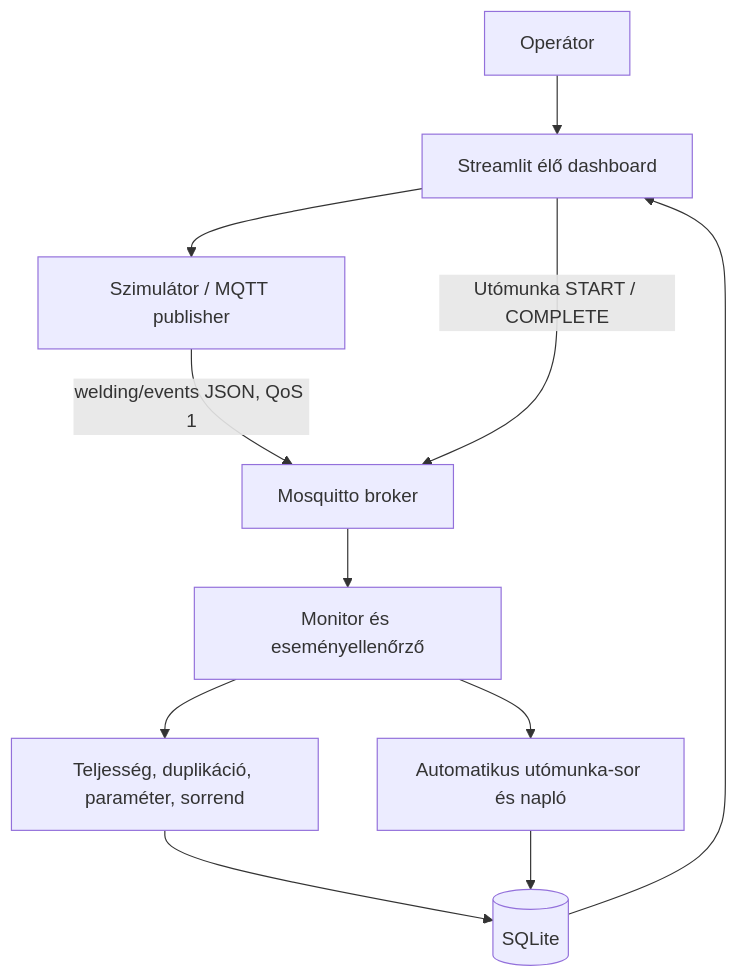
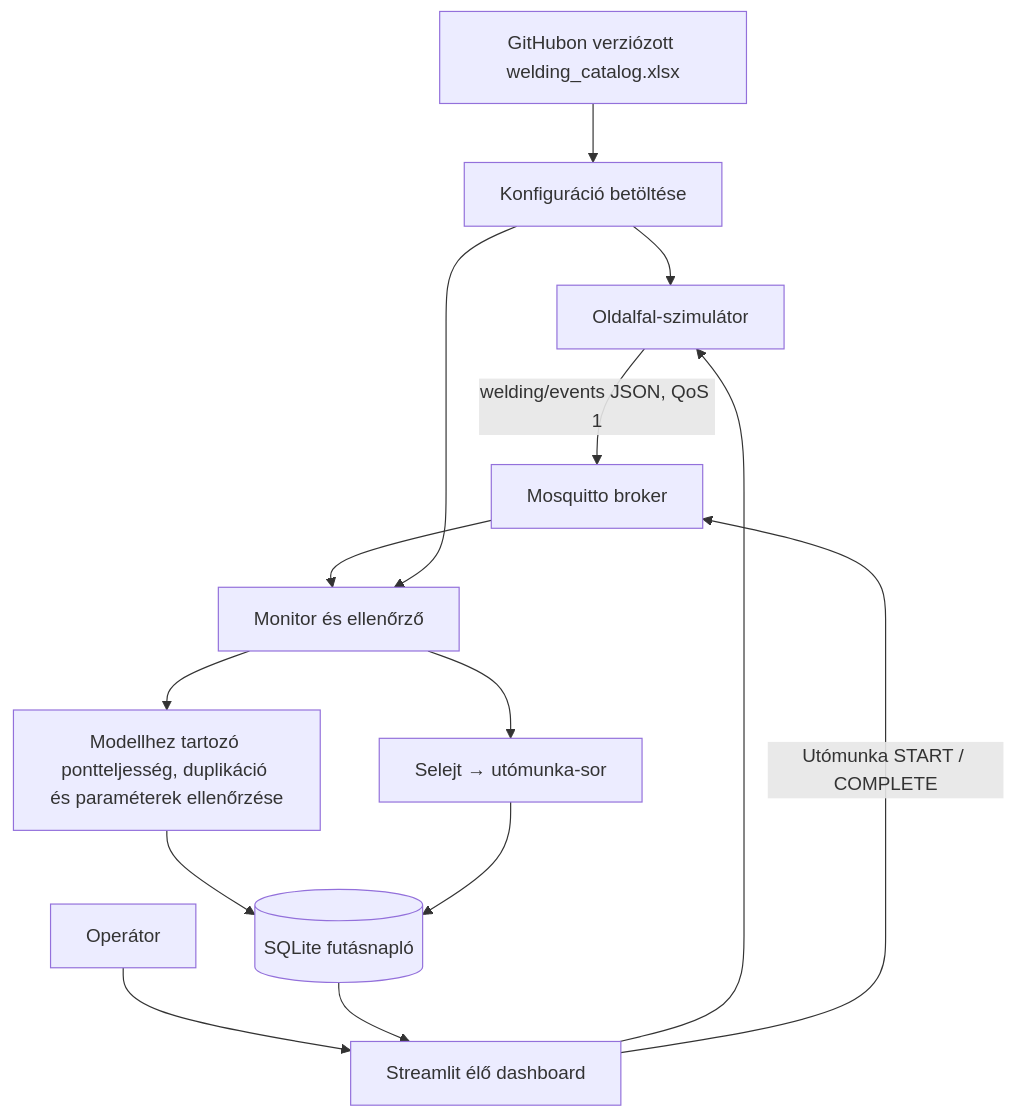
Before and after one commit to DrPigHunter/IPAR4.0-Karosszeriahegesztes: the diagram in docs/architecture.md, drawn with Mermaid. The commit also changed other lines of this file, not shown here.

Commit message:
Document Excel catalog and model-specific sidewall architecture

````diff
--- a/docs/architecture.md
+++ b/docs/architecture.md
@@ -16,13 +23,16 @@
 ```mermaid
 flowchart TD
+    XLSX[GitHubon verziózott welding_catalog.xlsx] --> CAT[Konfiguráció betöltése]
+    CAT --> SIM[Oldalfal-szimulátor]
     OP[Operátor] --> UI[Streamlit élő dashboard]
-    UI --> PUB[Szimulátor / MQTT publisher]
-    PUB -->|welding/events JSON, QoS 1| MQTT[Mosquitto broker]
-    MQTT --> MON[Monitor és eseményellenőrző]
-    MON --> RULES[Teljesség, duplikáció, paraméter, sorrend]
-    RULES --> DB[(SQLite)]
+    UI --> SIM
+    SIM -->|welding/events JSON, QoS 1| MQTT[Mosquitto broker]
+    MQTT --> MON[Monitor és ellenőrző]
+    CAT --> MON
+    MON --> RULES[Modellhez tartozó pontteljesség, duplikáció és paraméterek ellenőrzése]
+    RULES --> DB[(SQLite futásnapló)]
     DB --> UI
     UI -->|Utómunka START / COMPLETE| MQTT
-    MON --> RW[Automatikus utómunka-sor és napló]
+    MON --> RW[Selejt → utómunka-sor]
     RW --> DB
 ```
````
